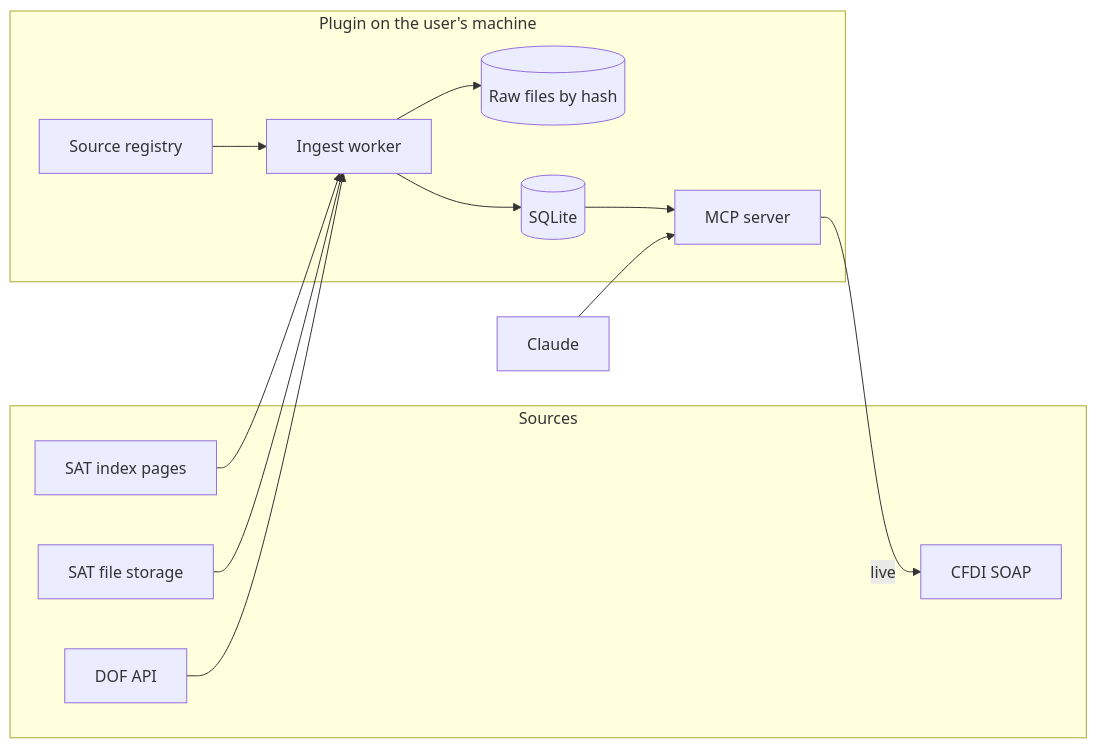
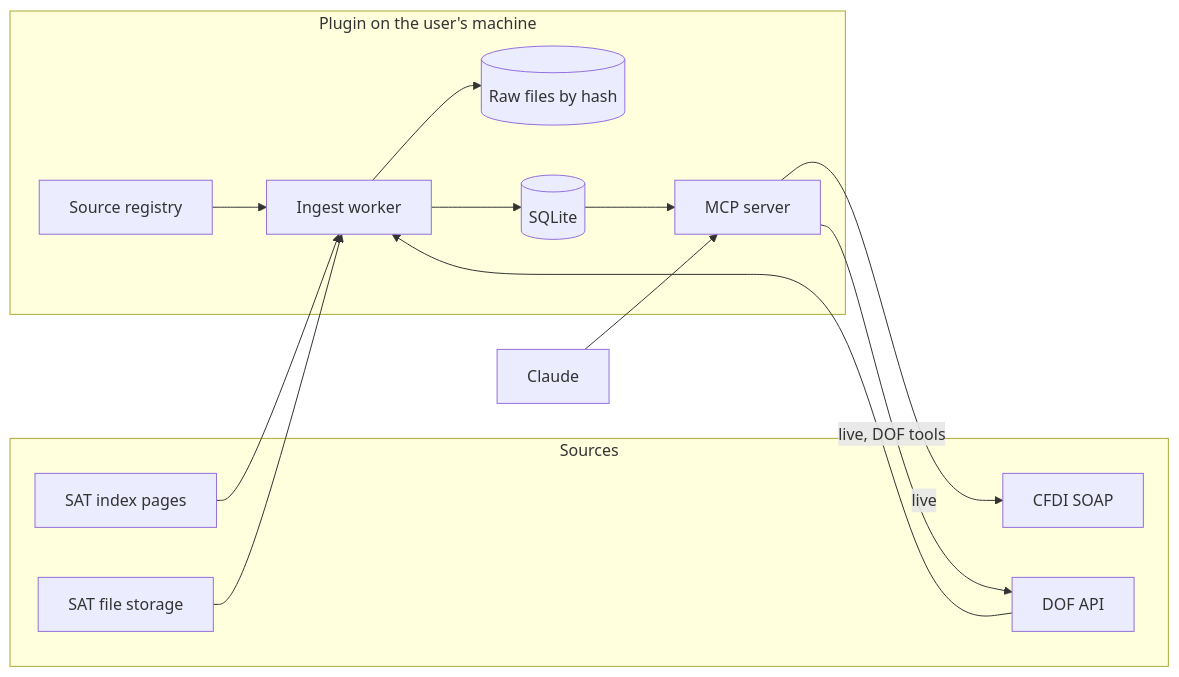
The diagram in docs/design_connector.md (AlejandroFloresM02/sat_dof_mcp), drawn with Mermaid before and after one commit. The commit also changed other lines of this file and 76 other files, not shown here.

First line of the commit message:
Add the DOF tools to the MCP server

````diff
--- a/docs/design_connector.md
+++ b/docs/design_connector.md
@@ -96,20 +98,21 @@
 ```mermaid
 flowchart LR
   subgraph Sources
     A[SAT index pages]
     B[SAT file storage]
     C[DOF API]
     D[CFDI SOAP]
   end
   subgraph Local["Plugin on the user's machine"]
     R[Source registry] --> I[Ingest worker]
     I --> RAW[(Raw files by hash)]
     I --> DB[(SQLite)]
     DB --> S[MCP server]
   end
   A --> I
   B --> I
   C --> I
   S -->|live| D
+  S -->|live, DOF tools| C
   Claude --> S
 ```
````
